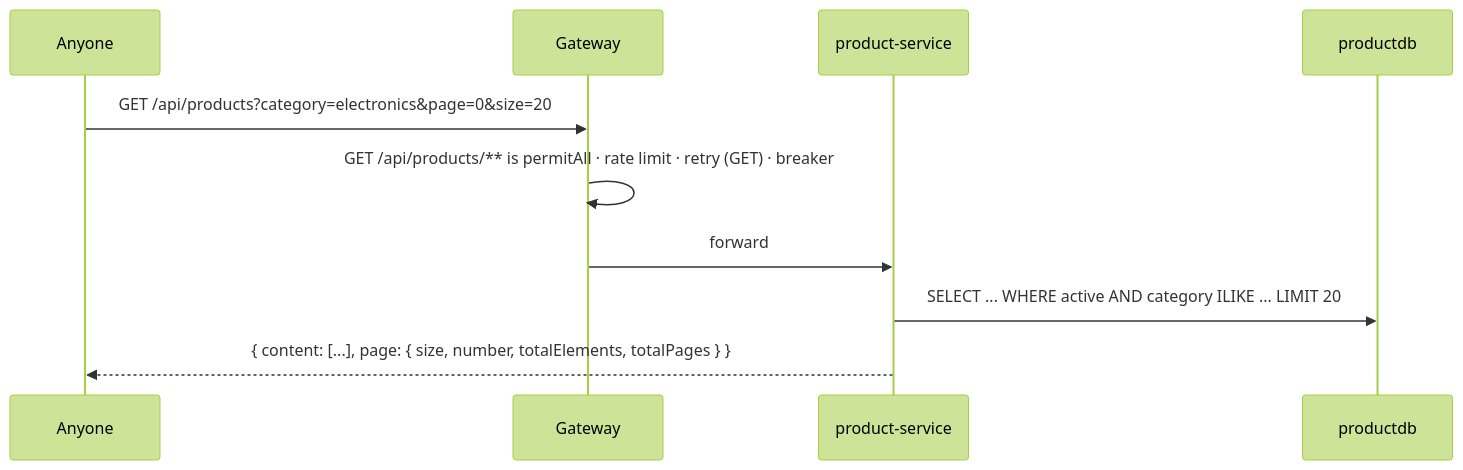
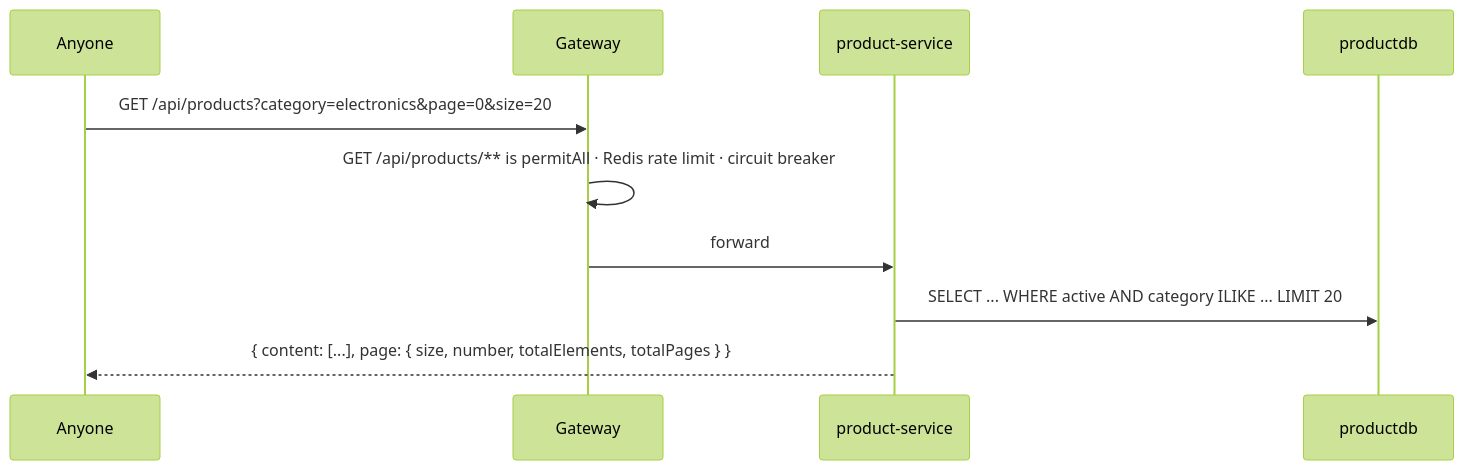
Before and after one commit to Ritiksharmaji/Spring-Boot-Microservices: the fourth of 14 diagrams in ecommerce-platform/docs/APPLICATION-FLOW.md, drawn with Mermaid (forest theme). The commit also changed 4 other files, not shown here.

````diff
--- a/ecommerce-platform/docs/APPLICATION-FLOW.md
+++ b/ecommerce-platform/docs/APPLICATION-FLOW.md
@@ -125,13 +125,13 @@
 ```mermaid
 sequenceDiagram
     participant C as Anyone
     participant GW as Gateway
     participant P as product-service
     participant DB as productdb
 
     C->>GW: GET /api/products?category=electronics&page=0&size=20
-    GW->>GW: GET /api/products/** is permitAll · rate limit · retry (GET) · breaker
+    GW->>GW: GET /api/products/** is permitAll · Redis rate limit · circuit breaker
     GW->>P: forward
     P->>DB: SELECT ... WHERE active AND category ILIKE ... LIMIT 20
     P-->>C: { content: [...], page: { size, number, totalElements, totalPages } }
 ```
````
